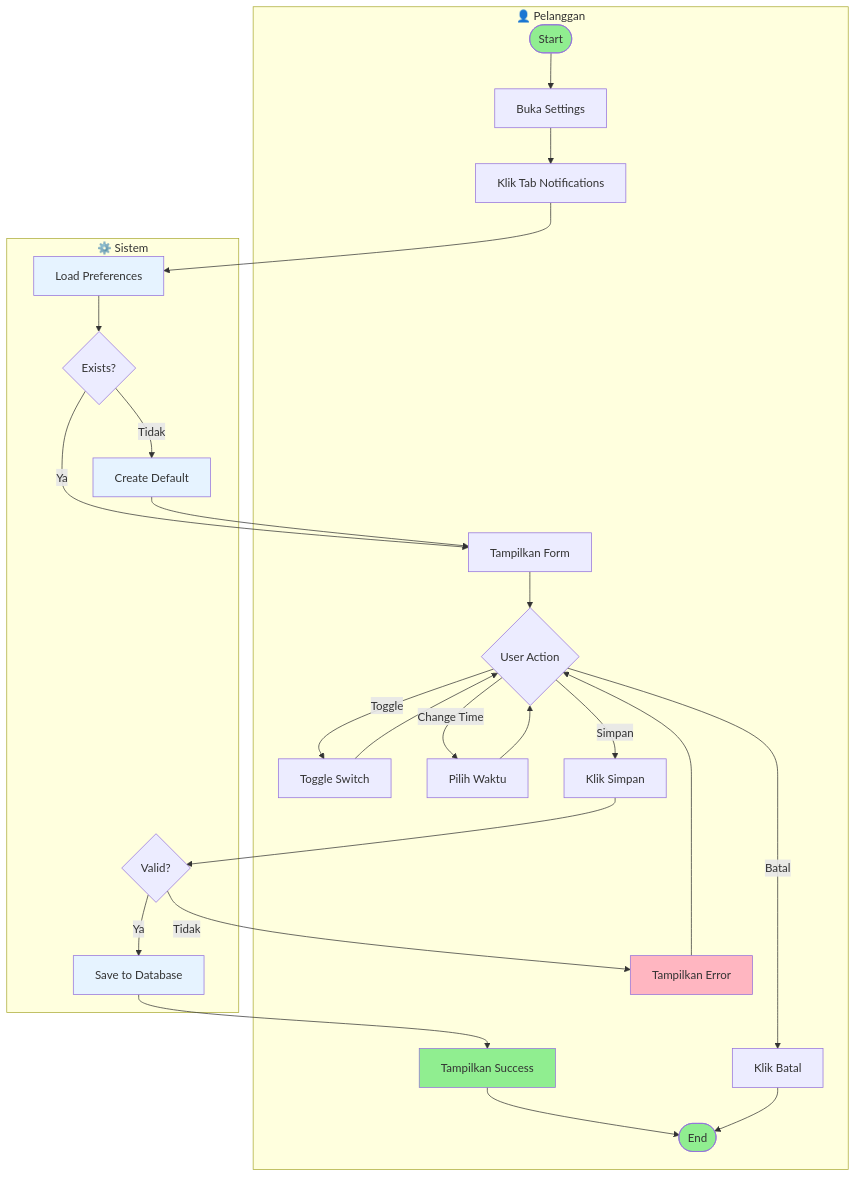
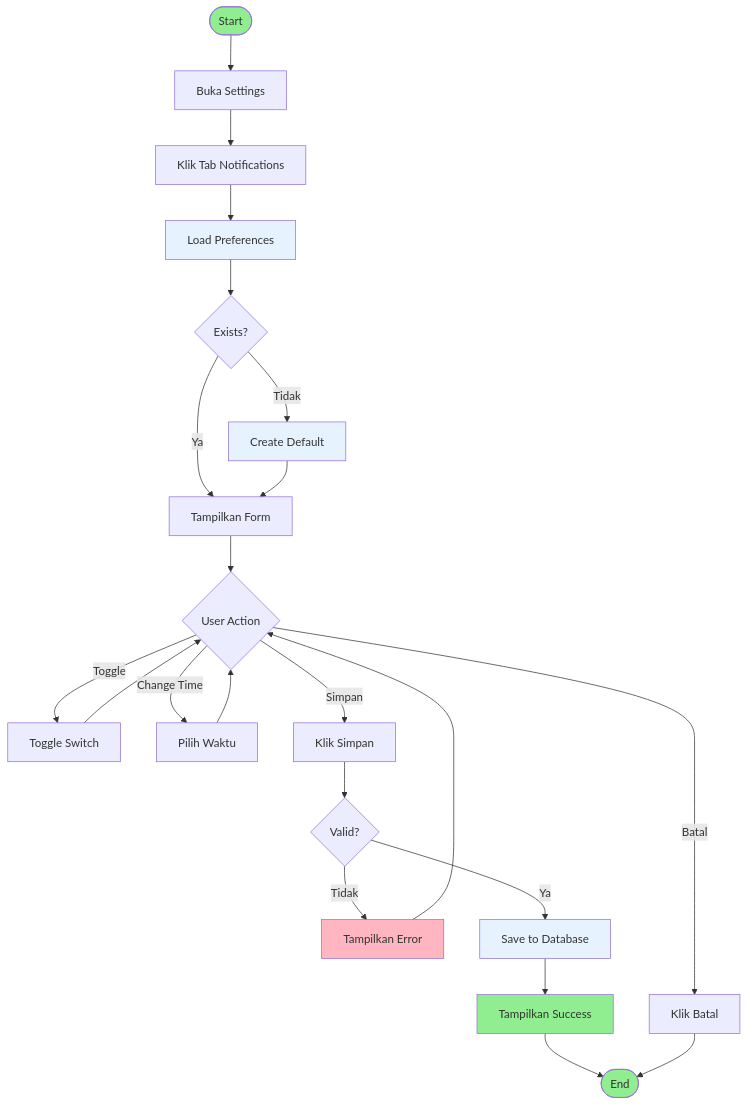
Before and after one commit to FarhanEfendi21/FlowDay: the tenth of 11 diagrams in ACTIVITY_DIAGRAMS.md, drawn with Mermaid. The commit also changed other lines of this file, not shown here.

Commit message:
fix activity diagram

````diff
--- a/ACTIVITY_DIAGRAMS.md
+++ b/ACTIVITY_DIAGRAMS.md
@@ -413,40 +380,36 @@
 ```mermaid
-graph TD
-    subgraph User["👤 Pelanggan"]
-        A([Start]) --> B[Buka Settings]
-        B --> C[Klik Tab Notifications]
-        D[Tampilkan Form] --> E{User Action}
-        E -->|Toggle| F[Toggle Switch]
-        E -->|Change Time| G[Pilih Waktu]
-        E -->|Simpan| H[Klik Simpan]
-        E -->|Batal| I[Klik Batal]
-        F --> E
-        G --> E
-        J[Tampilkan Error] --> E
-        K[Tampilkan Success] --> L([End])
-        I --> L
-    end
+flowchart TB
+    Start([Start]) --> A[Buka Settings]
+    A --> B[Klik Tab Notifications]
+    B --> C[Load Preferences]
+    C --> D{Exists?}
+    D -->|Tidak| E[Create Default]
+    D -->|Ya| F[Tampilkan Form]
+    E --> F
+    F --> Menu{User Action}
     
-    subgraph System["⚙️ Sistem"]
-        M[Load Preferences]
-        M --> N{Exists?}
-        N -->|Tidak| O[Create Default]
-        N -->|Ya| D
-        O --> D
-        P{Valid?}
-        P -->|Tidak| J
-        P -->|Ya| Q[Save to Database]
-        Q --> K
-    end
+    Menu -->|Toggle| G1[Toggle Switch]
+    G1 --> Menu
     
-    C --> M
-    H --> P
+    Menu -->|Change Time| H1[Pilih Waktu]
+    H1 --> Menu
+    
+    Menu -->|Simpan| I1[Klik Simpan]
+    I1 --> I2{Valid?}
+    I2 -->|Tidak| I3[Tampilkan Error]
+    I3 --> Menu
+    I2 -->|Ya| I4[Save to Database]
+    I4 --> I5[Tampilkan Success]
+    I5 --> End([End])
+    
+    Menu -->|Batal| J1[Klik Batal]
+    J1 --> End
 
-    style A fill:#90EE90
-    style L fill:#90EE90
-    style J fill:#FFB6C1
-    style K fill:#90EE90
-    style M fill:#E6F3FF
-    style O fill:#E6F3FF
-    style Q fill:#E6F3FF
+    style Start fill:#90EE90
+    style End fill:#90EE90
+    style I3 fill:#FFB6C1
+    style I5 fill:#90EE90
+    style C fill:#E6F3FF
+    style E fill:#E6F3FF
+    style I4 fill:#E6F3FF
 ```
````
